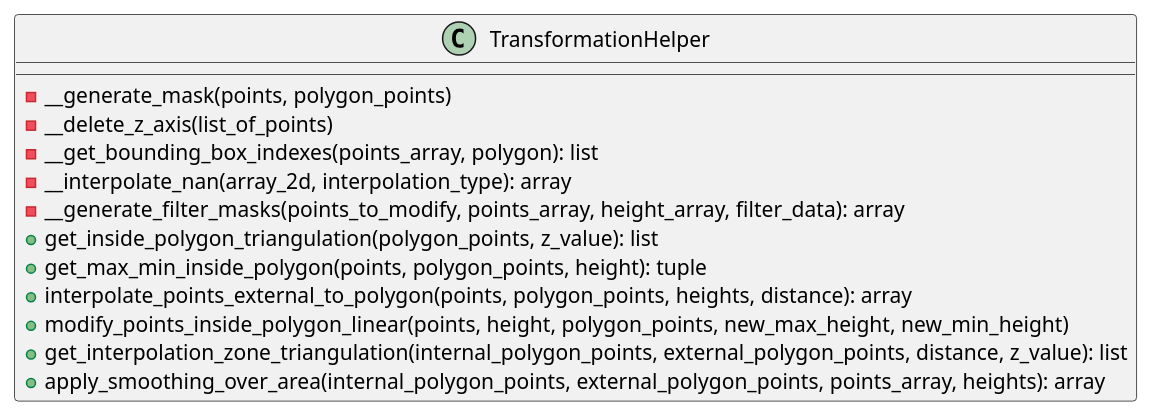
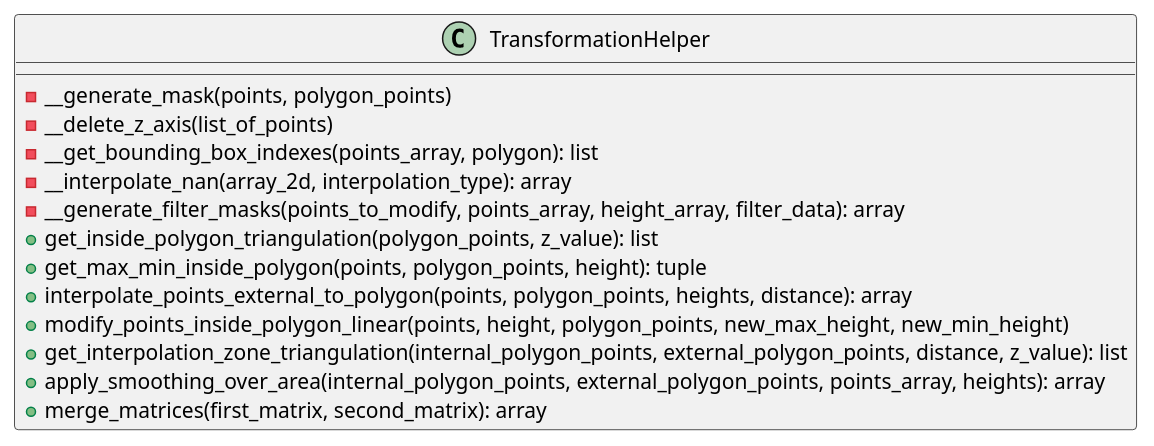
Before and after one commit to ferpoble2/Relief_Creator: the diagram in docs/classes/TransformationHelper.puml, drawn with PlantUML. The commit also changed 2 other files, not shown here.

Commit message:
Added merge matrices method.
Added method to transformation_helper.py.

```diff
--- a/docs/classes/TransformationHelper.puml
+++ b/docs/classes/TransformationHelper.puml
@@ -1,19 +1,20 @@
 @startuml
 'https://plantuml.com/class-diagram
 
 class TransformationHelper {
 
     - __generate_mask(points, polygon_points)
     - __delete_z_axis(list_of_points)
     - __get_bounding_box_indexes(points_array, polygon): list
     - __interpolate_nan(array_2d, interpolation_type): array
     - __generate_filter_masks(points_to_modify, points_array, height_array, filter_data): array
     + get_inside_polygon_triangulation(polygon_points, z_value): list
     + get_max_min_inside_polygon(points, polygon_points, height): tuple
     + interpolate_points_external_to_polygon(points, polygon_points, heights, distance): array
     + modify_points_inside_polygon_linear(points, height, polygon_points, new_max_height, new_min_height)
     + get_interpolation_zone_triangulation(internal_polygon_points, external_polygon_points, distance, z_value): list
     + apply_smoothing_over_area(internal_polygon_points, external_polygon_points, points_array, heights): array
+    + merge_matrices(first_matrix, second_matrix): array
 }
 
 @enduml
```
